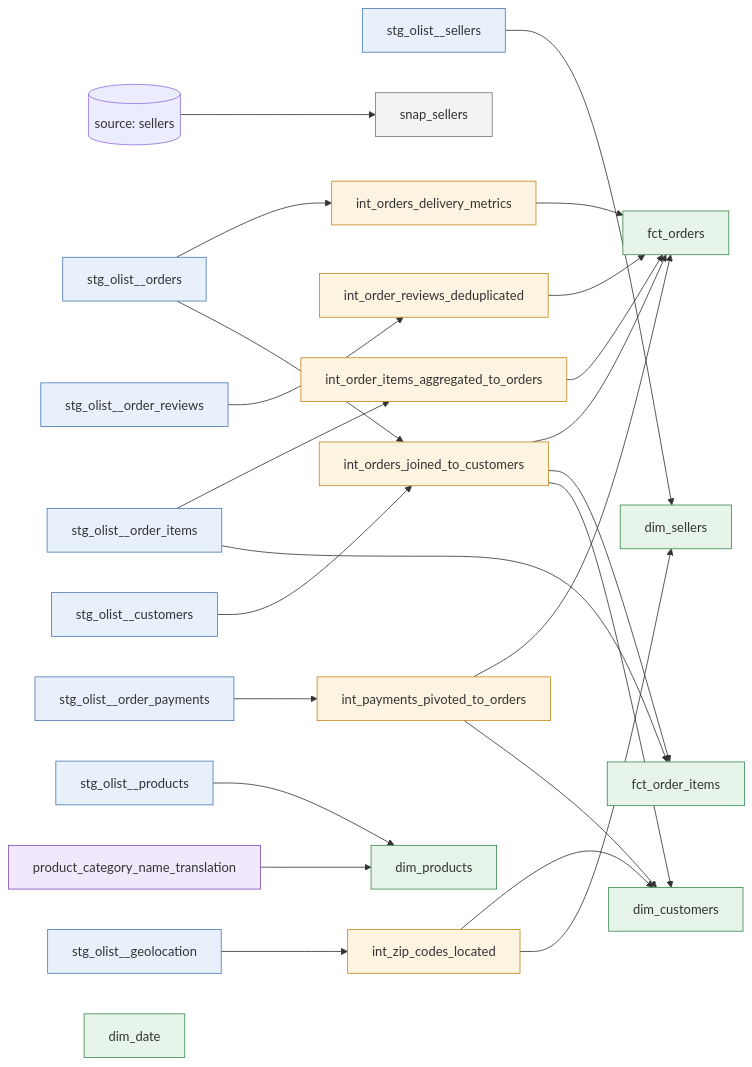
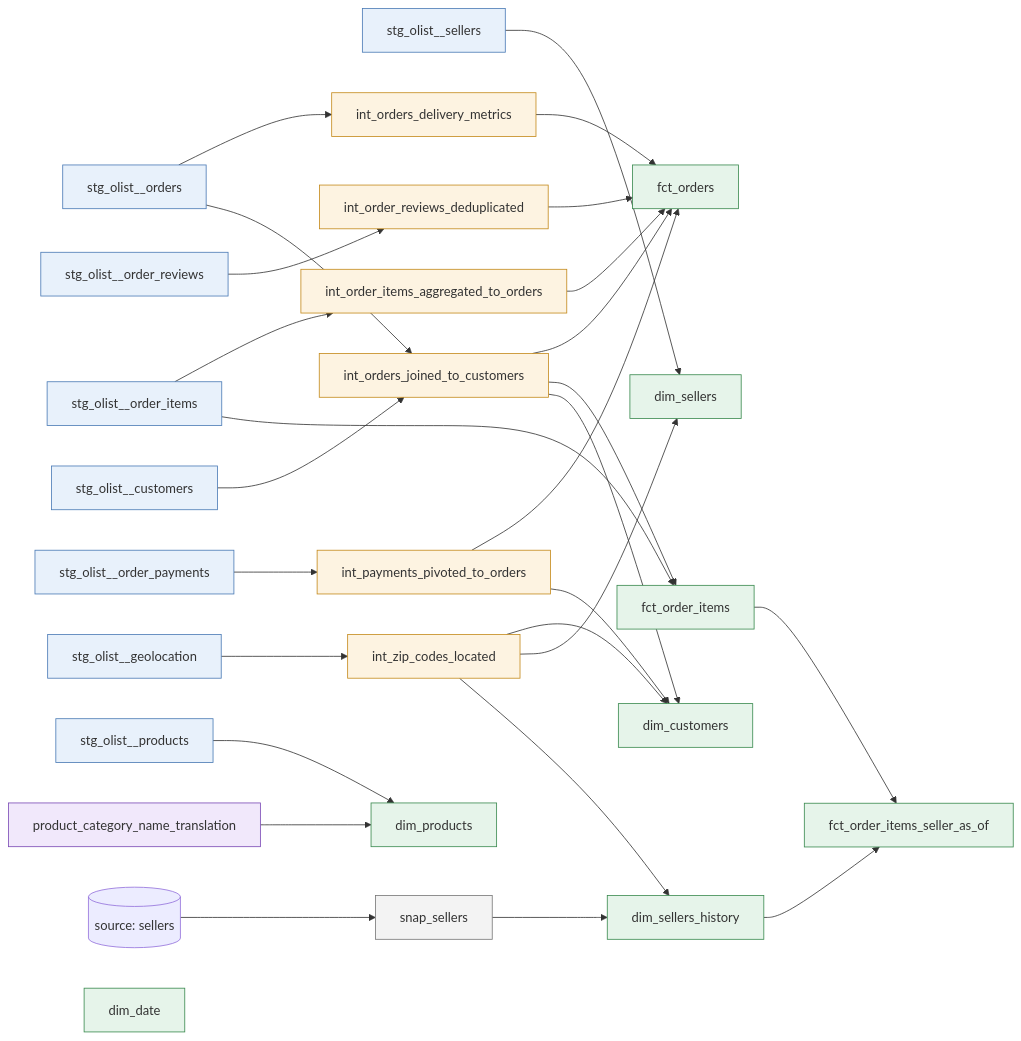
One commit to ShuCiG/olist-analytics-dbt changed the third of 4 diagrams in README.md. Above: the diagram before and after it, drawn with Mermaid. The commit also changed other lines of this file and 6 other files, not shown here.

First line of the commit message:
feat: dim_sellers_history and point-in-time seller join (D67)

````diff
--- a/README.md
+++ b/README.md
@@ -167,63 +171,69 @@
 ```mermaid
 flowchart LR
     classDef stg fill:#e8f1fb,stroke:#4a7ab5
     classDef int fill:#fdf3e1,stroke:#c48a1c
     classDef mart fill:#e6f4ea,stroke:#3a8a4f
     classDef seed fill:#f1e8fb,stroke:#7a4ab5
     classDef snap fill:#f3f3f3,stroke:#777777
 
     stg_orders[stg_olist__orders]:::stg
     stg_items[stg_olist__order_items]:::stg
     stg_payments[stg_olist__order_payments]:::stg
     stg_reviews[stg_olist__order_reviews]:::stg
     stg_customers[stg_olist__customers]:::stg
     stg_products[stg_olist__products]:::stg
     stg_sellers[stg_olist__sellers]:::stg
     stg_geo[stg_olist__geolocation]:::stg
     translation[product_category_name_translation]:::seed
     src_sellers[(source: sellers)]
     snap_sellers:::snap
 
     int_pay[int_payments_pivoted_to_orders]:::int
     int_items[int_order_items_aggregated_to_orders]:::int
     int_delivery[int_orders_delivery_metrics]:::int
     int_reviews[int_order_reviews_deduplicated]:::int
     int_zip[int_zip_codes_located]:::int
     int_oc[int_orders_joined_to_customers]:::int
 
     fct_orders:::mart
     fct_order_items:::mart
     dim_customers:::mart
     dim_sellers:::mart
+    dim_sellers_history:::mart
+    fct_order_items_seller_as_of:::mart
     dim_products:::mart
     dim_date:::mart
 
     stg_payments --> int_pay
     stg_items --> int_items
     stg_orders --> int_delivery
     stg_reviews --> int_reviews
     stg_geo --> int_zip
     stg_orders --> int_oc
     stg_customers --> int_oc
 
     int_oc --> fct_orders
     int_items --> fct_orders
     int_pay --> fct_orders
     int_delivery --> fct_orders
     int_reviews --> fct_orders
 
     stg_items --> fct_order_items
     int_oc --> fct_order_items
 
     int_oc --> dim_customers
     int_pay --> dim_customers
     int_zip --> dim_customers
 
     stg_sellers --> dim_sellers
     int_zip --> dim_sellers
 
     stg_products --> dim_products
     translation --> dim_products
 
     src_sellers --> snap_sellers
+    snap_sellers --> dim_sellers_history
+    int_zip --> dim_sellers_history
+    fct_order_items --> fct_order_items_seller_as_of
+    dim_sellers_history --> fct_order_items_seller_as_of
 ```
````
